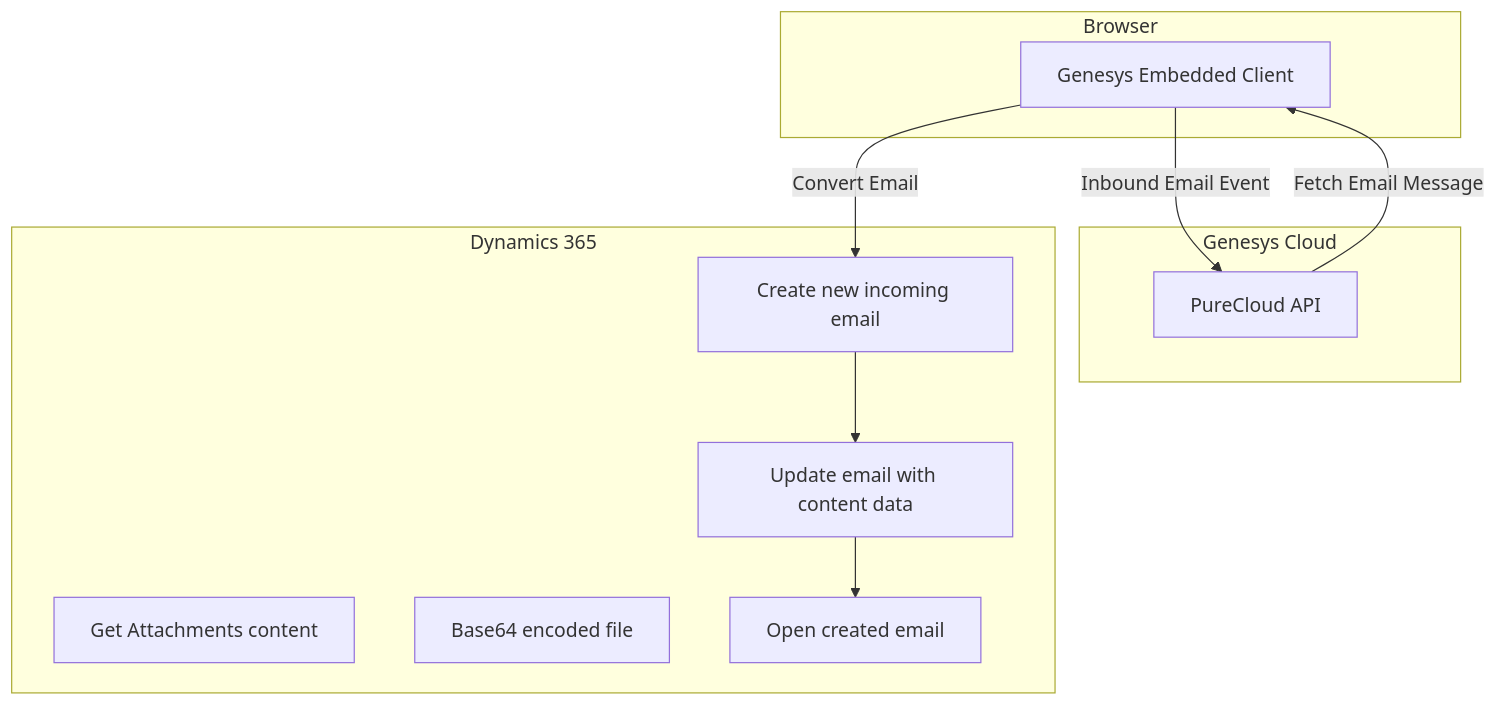
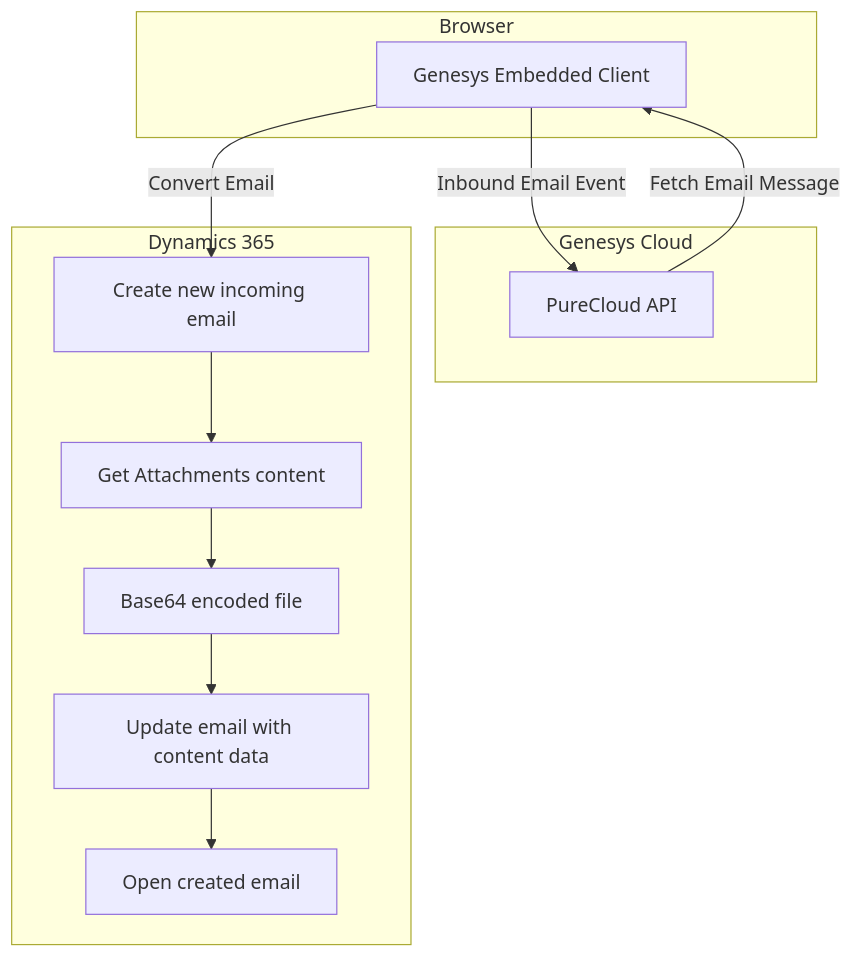
The diagram in data_flow.md (Elishava/test), drawn with Mermaid before and after one commit.

````diff
--- a/data_flow.md
+++ b/data_flow.md
@@ -15,25 +15,27 @@
 ```mermaid
 flowchart TD
   subgraph Browser
     A["Genesys Embedded Client"]
   end
 
   subgraph Genesys Cloud
     B["PureCloud API"]
   end
 
   subgraph Dynamics 365
     C["Сreate new incoming email"]
     G["Get Attachments content"]
     X["Base64 encoded file"]
     D["Update email with content data"]
     E["Open created email"]
   end
 
   A -->|Inbound Email Event| B
   B -->|Fetch Email Message| A
   A -->|Convert Email| C
-  C --> D
+  C --> G
+  G --> X
+  X --> D
   D --> E
 
 ```
````
